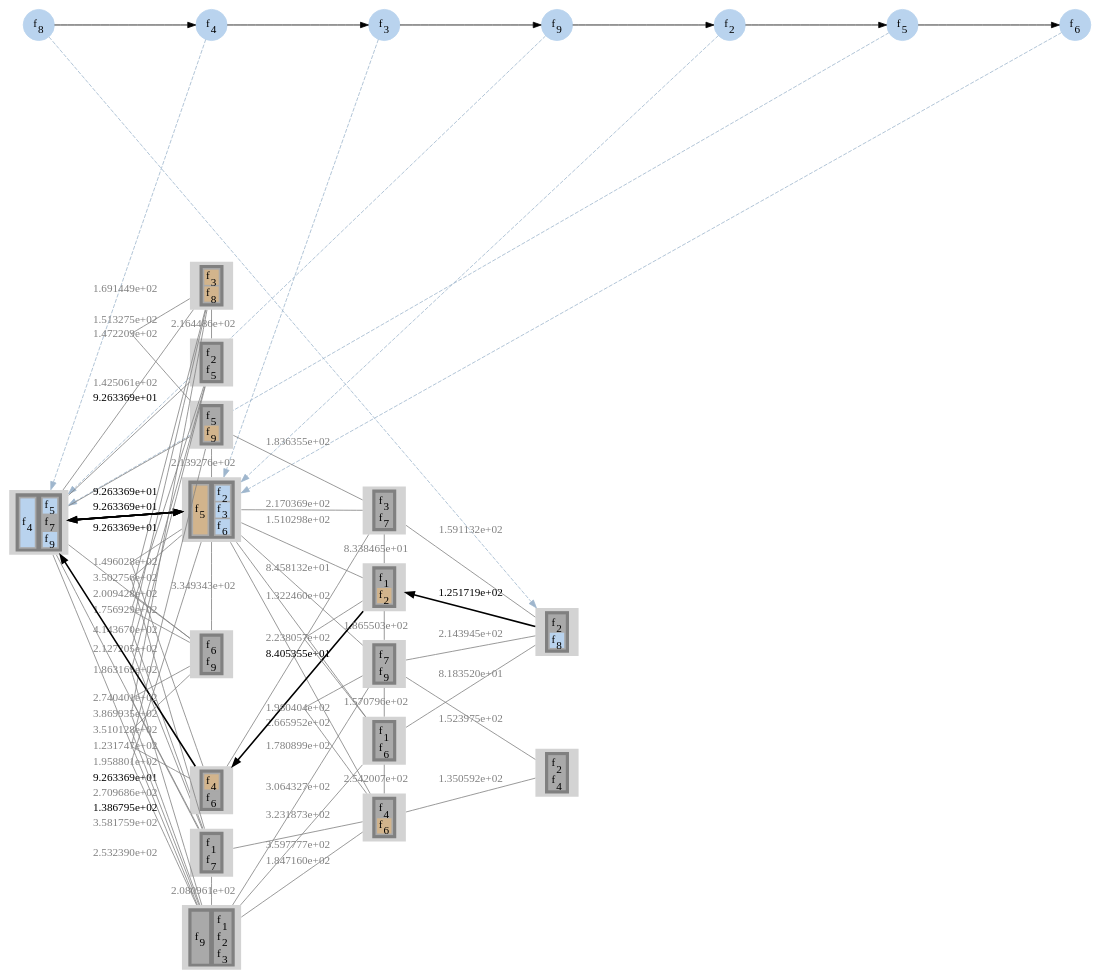
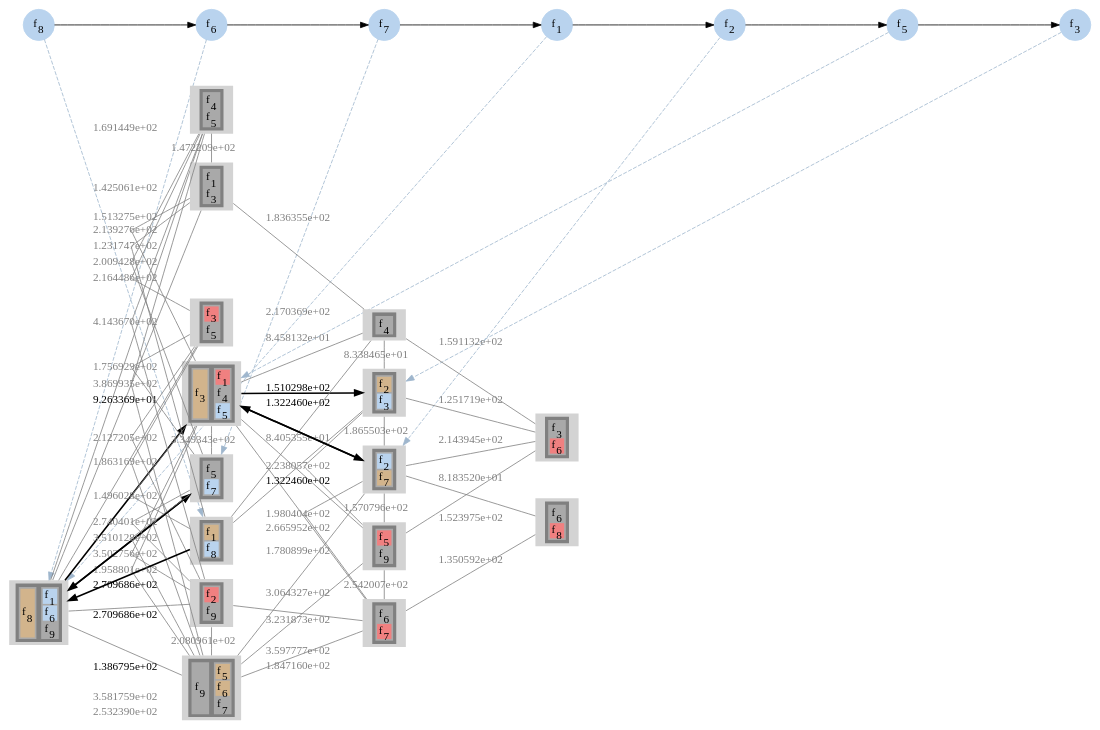
Before and after one commit to prateekshyap/SFC_Placement_in_VNF: the diagram in output/newyork_16_49/gv/sfcAssgn4.gv, drawn with Graphviz. The commit also changed 15 other files, not shown here.

```diff
--- a/output/newyork_16_49/gv/sfcAssgn4.gv
+++ b/output/newyork_16_49/gv/sfcAssgn4.gv
@@ -6,25 +6,25 @@
 {
 node [shape=circle]
 {rank = same; f8; };
-{rank = same; f4; };
-{rank = same; f3; };
-{rank = same; f9; };
+{rank = same; f6; };
+{rank = same; f7; };
+{rank = same; f1; };
 {rank = same; f2; };
 {rank = same; f5; };
-{rank = same; f6; };
+{rank = same; f3; };
 f8[style=filled label=<f<SUB>8</SUB>> color="slategray2"]
-f4[style=filled label=<f<SUB>4</SUB>> color="slategray2"]
-f3[style=filled label=<f<SUB>3</SUB>> color="slategray2"]
-f9[style=filled label=<f<SUB>9</SUB>> color="slategray2"]
+f6[style=filled label=<f<SUB>6</SUB>> color="slategray2"]
+f7[style=filled label=<f<SUB>7</SUB>> color="slategray2"]
+f1[style=filled label=<f<SUB>1</SUB>> color="slategray2"]
 f2[style=filled label=<f<SUB>2</SUB>> color="slategray2"]
 f5[style=filled label=<f<SUB>5</SUB>> color="slategray2"]
-f6[style=filled label=<f<SUB>6</SUB>> color="slategray2"]
-f8 -> f4
-f4 -> f3
-f3 -> f9
-f9 -> f2
+f3[style=filled label=<f<SUB>3</SUB>> color="slategray2"]
+f8 -> f6
+f6 -> f7
+f7 -> f1
+f1 -> f2
 f2 -> f5
-f5 -> f6
+f5 -> f3
 }
 subgraph network
 {
@@ -33,14 +33,14 @@
 {rank = same; 2; 5; 6; 7; 8; 12; 13; 15; };
 {rank = same; 3; 4; 9; 10; 14; };
 {rank = same; 11; 16; };
-11[style=filled
+8[style=filled
 label=<
 <TABLE BORDER="0" BGCOLOR="gray">
 <TR>
 <TD>
 <TABLE BORDER="0" BGCOLOR="darkgray">
-<TR><TD PORT="f10" BGCOLOR="darkgray">f<SUB>2</SUB></TD></TR>
-<TR><TD PORT="f33" BGCOLOR="slategray2">f<SUB>8</SUB></TD></TR>
+<TR><TD PORT="f3" BGCOLOR="tan">f<SUB>1</SUB></TD></TR>
+<TR><TD PORT="f34" BGCOLOR="slategray2">f<SUB>8</SUB></TD></TR>
 </TABLE>
 </TD>
 </TR>
@@ -52,14 +52,14 @@
 <TR>
 <TD>
 <TABLE BORDER="0" BGCOLOR="darkgray">
-<TR><TD PORT="f17" BGCOLOR="slategray2">f<SUB>4</SUB></TD></TR>
+<TR><TD PORT="f32" BGCOLOR="tan">f<SUB>8</SUB></TD></TR>
 </TABLE>
 </TD>
 <TD>
 <TABLE BORDER="0" BGCOLOR="darkgray">
-<TR><TD PORT="f22" BGCOLOR="slategray2">f<SUB>5</SUB></TD></TR>
-<TR><TD PORT="f30" BGCOLOR="darkgray">f<SUB>7</SUB></TD></TR>
-<TR><TD PORT="f35" BGCOLOR="slategray2">f<SUB>9</SUB></TD></TR>
+<TR><TD PORT="f2" BGCOLOR="slategray2">f<SUB>1</SUB></TD></TR>
+<TR><TD PORT="f26" BGCOLOR="slategray2">f<SUB>6</SUB></TD></TR>
+<TR><TD PORT="f36" BGCOLOR="darkgray">f<SUB>9</SUB></TD></TR>
 </TABLE>
 </TD>
 </TR>
@@ -71,14 +71,85 @@
 <TR>
 <TD>
 <TABLE BORDER="0" BGCOLOR="darkgray">
-<TR><TD PORT="f17" BGCOLOR="slategray2">f<SUB>4</SUB></TD></TR>
+<TR><TD PORT="f32" BGCOLOR="tan">f<SUB>8</SUB></TD></TR>
 </TABLE>
 </TD>
 <TD>
 <TABLE BORDER="0" BGCOLOR="darkgray">
-<TR><TD PORT="f22" BGCOLOR="slategray2">f<SUB>5</SUB></TD></TR>
-<TR><TD PORT="f30" BGCOLOR="darkgray">f<SUB>7</SUB></TD></TR>
-<TR><TD PORT="f35" BGCOLOR="slategray2">f<SUB>9</SUB></TD></TR>
+<TR><TD PORT="f2" BGCOLOR="slategray2">f<SUB>1</SUB></TD></TR>
+<TR><TD PORT="f26" BGCOLOR="slategray2">f<SUB>6</SUB></TD></TR>
+<TR><TD PORT="f36" BGCOLOR="darkgray">f<SUB>9</SUB></TD></TR>
+</TABLE>
+</TD>
+</TR>
+</TABLE>>]
+
+12[style=filled
+label=<
+<TABLE BORDER="0" BGCOLOR="gray">
+<TR>
+<TD>
+<TABLE BORDER="0" BGCOLOR="darkgray">
+<TR><TD PORT="f22" BGCOLOR="darkgray">f<SUB>5</SUB></TD></TR>
+<TR><TD PORT="f31" BGCOLOR="slategray2">f<SUB>7</SUB></TD></TR>
+</TABLE>
+</TD>
+</TR>
+</TABLE>>]
+
+12[style=filled
+label=<
+<TABLE BORDER="0" BGCOLOR="gray">
+<TR>
+<TD>
+<TABLE BORDER="0" BGCOLOR="darkgray">
+<TR><TD PORT="f22" BGCOLOR="darkgray">f<SUB>5</SUB></TD></TR>
+<TR><TD PORT="f31" BGCOLOR="slategray2">f<SUB>7</SUB></TD></TR>
+</TABLE>
+</TD>
+</TR>
+</TABLE>>]
+
+1[style=filled
+label=<
+<TABLE BORDER="0" BGCOLOR="gray">
+<TR>
+<TD>
+<TABLE BORDER="0" BGCOLOR="darkgray">
+<TR><TD PORT="f32" BGCOLOR="tan">f<SUB>8</SUB></TD></TR>
+</TABLE>
+</TD>
+<TD>
+<TABLE BORDER="0" BGCOLOR="darkgray">
+<TR><TD PORT="f2" BGCOLOR="slategray2">f<SUB>1</SUB></TD></TR>
+<TR><TD PORT="f26" BGCOLOR="slategray2">f<SUB>6</SUB></TD></TR>
+<TR><TD PORT="f36" BGCOLOR="darkgray">f<SUB>9</SUB></TD></TR>
+</TABLE>
+</TD>
+</TR>
+</TABLE>>]
+
+9[style=filled
+label=<
+<TABLE BORDER="0" BGCOLOR="gray">
+<TR>
+<TD>
+<TABLE BORDER="0" BGCOLOR="darkgray">
+<TR><TD PORT="f5" BGCOLOR="slategray2">f<SUB>2</SUB></TD></TR>
+<TR><TD PORT="f28" BGCOLOR="tan">f<SUB>7</SUB></TD></TR>
+</TABLE>
+</TD>
+</TR>
+</TABLE>>]
+
+9[style=filled
+label=<
+<TABLE BORDER="0" BGCOLOR="gray">
+<TR>
+<TD>
+<TABLE BORDER="0" BGCOLOR="darkgray">
+<TR><TD PORT="f5" BGCOLOR="slategray2">f<SUB>2</SUB></TD></TR>
+<TR><TD PORT="f28" BGCOLOR="tan">f<SUB>7</SUB></TD></TR>
 </TABLE>
 </TD>
 </TR>
@@ -90,14 +161,14 @@
 <TR>
 <TD>
 <TABLE BORDER="0" BGCOLOR="darkgray">
-<TR><TD PORT="f19" BGCOLOR="tan">f<SUB>5</SUB></TD></TR>
+<TR><TD PORT="f8" BGCOLOR="tan">f<SUB>3</SUB></TD></TR>
 </TABLE>
 </TD>
 <TD>
 <TABLE BORDER="0" BGCOLOR="darkgray">
-<TR><TD PORT="f9" BGCOLOR="slategray2">f<SUB>2</SUB></TD></TR>
-<TR><TD PORT="f12" BGCOLOR="slategray2">f<SUB>3</SUB></TD></TR>
-<TR><TD PORT="f24" BGCOLOR="slategray2">f<SUB>6</SUB></TD></TR>
+<TR><TD PORT="f1" BGCOLOR="lightcoral">f<SUB>1</SUB></TD></TR>
+<TR><TD PORT="f13" BGCOLOR="darkgray">f<SUB>4</SUB></TD></TR>
+<TR><TD PORT="f17" BGCOLOR="slategray2">f<SUB>5</SUB></TD></TR>
 </TABLE>
 </TD>
 </TR>
@@ -109,71 +180,27 @@
 <TR>
 <TD>
 <TABLE BORDER="0" BGCOLOR="darkgray">
-<TR><TD PORT="f19" BGCOLOR="tan">f<SUB>5</SUB></TD></TR>
+<TR><TD PORT="f8" BGCOLOR="tan">f<SUB>3</SUB></TD></TR>
 </TABLE>
 </TD>
 <TD>
 <TABLE BORDER="0" BGCOLOR="darkgray">
-<TR><TD PORT="f9" BGCOLOR="slategray2">f<SUB>2</SUB></TD></TR>
-<TR><TD PORT="f12" BGCOLOR="slategray2">f<SUB>3</SUB></TD></TR>
-<TR><TD PORT="f24" BGCOLOR="slategray2">f<SUB>6</SUB></TD></TR>
+<TR><TD PORT="f1" BGCOLOR="lightcoral">f<SUB>1</SUB></TD></TR>
+<TR><TD PORT="f13" BGCOLOR="darkgray">f<SUB>4</SUB></TD></TR>
+<TR><TD PORT="f17" BGCOLOR="slategray2">f<SUB>5</SUB></TD></TR>
 </TABLE>
 </TD>
 </TR>
 </TABLE>>]
 
-1[style=filled
+4[style=filled
 label=<
 <TABLE BORDER="0" BGCOLOR="gray">
 <TR>
 <TD>
 <TABLE BORDER="0" BGCOLOR="darkgray">
-<TR><TD PORT="f17" BGCOLOR="slategray2">f<SUB>4</SUB></TD></TR>
-</TABLE>
-</TD>
-<TD>
-<TABLE BORDER="0" BGCOLOR="darkgray">
-<TR><TD PORT="f22" BGCOLOR="slategray2">f<SUB>5</SUB></TD></TR>
-<TR><TD PORT="f30" BGCOLOR="darkgray">f<SUB>7</SUB></TD></TR>
-<TR><TD PORT="f35" BGCOLOR="slategray2">f<SUB>9</SUB></TD></TR>
-</TABLE>
-</TD>
-</TR>
-</TABLE>>]
-
-7[style=filled
-label=<
-<TABLE BORDER="0" BGCOLOR="gray">
-<TR>
-<TD>
-<TABLE BORDER="0" BGCOLOR="darkgray">
-<TR><TD PORT="f19" BGCOLOR="tan">f<SUB>5</SUB></TD></TR>
-</TABLE>
-</TD>
-<TD>
-<TABLE BORDER="0" BGCOLOR="darkgray">
-<TR><TD PORT="f9" BGCOLOR="slategray2">f<SUB>2</SUB></TD></TR>
-<TR><TD PORT="f12" BGCOLOR="slategray2">f<SUB>3</SUB></TD></TR>
-<TR><TD PORT="f24" BGCOLOR="slategray2">f<SUB>6</SUB></TD></TR>
-</TABLE>
-</TD>
-</TR>
-</TABLE>>]
-
-1[style=filled
-label=<
-<TABLE BORDER="0" BGCOLOR="gray">
-<TR>
-<TD>
-<TABLE BORDER="0" BGCOLOR="darkgray">
-<TR><TD PORT="f17" BGCOLOR="slategray2">f<SUB>4</SUB></TD></TR>
-</TABLE>
-</TD>
-<TD>
-<TABLE BORDER="0" BGCOLOR="darkgray">
-<TR><TD PORT="f22" BGCOLOR="slategray2">f<SUB>5</SUB></TD></TR>
-<TR><TD PORT="f30" BGCOLOR="darkgray">f<SUB>7</SUB></TD></TR>
-<TR><TD PORT="f35" BGCOLOR="slategray2">f<SUB>9</SUB></TD></TR>
+<TR><TD PORT="f6" BGCOLOR="tan">f<SUB>2</SUB></TD></TR>
+<TR><TD PORT="f10" BGCOLOR="slategray2">f<SUB>3</SUB></TD></TR>
 </TABLE>
 </TD>
 </TR>
@@ -185,8 +212,8 @@
 <TR>
 <TD>
 <TABLE BORDER="0" BGCOLOR="darkgray">
-<TR><TD PORT="f13" BGCOLOR="tan">f<SUB>3</SUB></TD></TR>
-<TR><TD PORT="f32" BGCOLOR="tan">f<SUB>8</SUB></TD></TR>
+<TR><TD PORT="f14" BGCOLOR="darkgray">f<SUB>4</SUB></TD></TR>
+<TR><TD PORT="f19" BGCOLOR="darkgray">f<SUB>5</SUB></TD></TR>
 </TABLE>
 </TD>
 </TR>
@@ -198,8 +225,8 @@
 <TR>
 <TD>
 <TABLE BORDER="0" BGCOLOR="darkgray">
-<TR><TD PORT="f8" BGCOLOR="darkgray">f<SUB>2</SUB></TD></TR>
-<TR><TD PORT="f21" BGCOLOR="darkgray">f<SUB>5</SUB></TD></TR>
+<TR><TD PORT="f11" BGCOLOR="lightcoral">f<SUB>3</SUB></TD></TR>
+<TR><TD PORT="f20" BGCOLOR="darkgray">f<SUB>5</SUB></TD></TR>
 </TABLE>
 </TD>
 </TR>
@@ -211,34 +238,8 @@
 <TR>
 <TD>
 <TABLE BORDER="0" BGCOLOR="darkgray">
-<TR><TD PORT="f20" BGCOLOR="darkgray">f<SUB>5</SUB></TD></TR>
-<TR><TD PORT="f38" BGCOLOR="tan">f<SUB>9</SUB></TD></TR>
-</TABLE>
-</TD>
-</TR>
-</TABLE>>]
-
-8[style=filled
-label=<
-<TABLE BORDER="0" BGCOLOR="gray">
-<TR>
-<TD>
-<TABLE BORDER="0" BGCOLOR="darkgray">
-<TR><TD PORT="f15" BGCOLOR="tan">f<SUB>4</SUB></TD></TR>
-<TR><TD PORT="f23" BGCOLOR="darkgray">f<SUB>6</SUB></TD></TR>
-</TABLE>
-</TD>
-</TR>
-</TABLE>>]
-
-12[style=filled
-label=<
-<TABLE BORDER="0" BGCOLOR="gray">
-<TR>
-<TD>
-<TABLE BORDER="0" BGCOLOR="darkgray">
-<TR><TD PORT="f27" BGCOLOR="darkgray">f<SUB>6</SUB></TD></TR>
-<TR><TD PORT="f37" BGCOLOR="darkgray">f<SUB>9</SUB></TD></TR>
+<TR><TD PORT="f4" BGCOLOR="darkgray">f<SUB>1</SUB></TD></TR>
+<TR><TD PORT="f12" BGCOLOR="darkgray">f<SUB>3</SUB></TD></TR>
 </TABLE>
 </TD>
 </TR>
@@ -250,8 +251,8 @@
 <TR>
 <TD>
 <TABLE BORDER="0" BGCOLOR="darkgray">
-<TR><TD PORT="f3" BGCOLOR="darkgray">f<SUB>1</SUB></TD></TR>
-<TR><TD PORT="f29" BGCOLOR="darkgray">f<SUB>7</SUB></TD></TR>
+<TR><TD PORT="f7" BGCOLOR="lightcoral">f<SUB>2</SUB></TD></TR>
+<TR><TD PORT="f37" BGCOLOR="darkgray">f<SUB>9</SUB></TD></TR>
 </TABLE>
 </TD>
 </TR>
@@ -263,14 +264,14 @@
 <TR>
 <TD>
 <TABLE BORDER="0" BGCOLOR="darkgray">
-<TR><TD PORT="f34" BGCOLOR="darkgray">f<SUB>9</SUB></TD></TR>
+<TR><TD PORT="f35" BGCOLOR="darkgray">f<SUB>9</SUB></TD></TR>
 </TABLE>
 </TD>
 <TD>
 <TABLE BORDER="0" BGCOLOR="darkgray">
-<TR><TD PORT="f4" BGCOLOR="darkgray">f<SUB>1</SUB></TD></TR>
-<TR><TD PORT="f7" BGCOLOR="darkgray">f<SUB>2</SUB></TD></TR>
-<TR><TD PORT="f14" BGCOLOR="darkgray">f<SUB>3</SUB></TD></TR>
+<TR><TD PORT="f18" BGCOLOR="tan">f<SUB>5</SUB></TD></TR>
+<TR><TD PORT="f23" BGCOLOR="tan">f<SUB>6</SUB></TD></TR>
+<TR><TD PORT="f29" BGCOLOR="darkgray">f<SUB>7</SUB></TD></TR>
 </TABLE>
 </TD>
 </TR>
@@ -282,34 +283,20 @@
 <TR>
 <TD>
 <TABLE BORDER="0" BGCOLOR="darkgray">
-<TR><TD PORT="f11" BGCOLOR="darkgray">f<SUB>3</SUB></TD></TR>
-<TR><TD PORT="f28" BGCOLOR="darkgray">f<SUB>7</SUB></TD></TR>
+<TR><TD PORT="f15" BGCOLOR="darkgray">f<SUB>4</SUB></TD></TR>
 </TABLE>
 </TD>
 </TR>
 </TABLE>>]
 
-4[style=filled
+11[style=filled
 label=<
 <TABLE BORDER="0" BGCOLOR="gray">
 <TR>
 <TD>
 <TABLE BORDER="0" BGCOLOR="darkgray">
-<TR><TD PORT="f1" BGCOLOR="darkgray">f<SUB>1</SUB></TD></TR>
-<TR><TD PORT="f5" BGCOLOR="tan">f<SUB>2</SUB></TD></TR>
-</TABLE>
-</TD>
-</TR>
-</TABLE>>]
-
-9[style=filled
-label=<
-<TABLE BORDER="0" BGCOLOR="gray">
-<TR>
-<TD>
-<TABLE BORDER="0" BGCOLOR="darkgray">
-<TR><TD PORT="f31" BGCOLOR="darkgray">f<SUB>7</SUB></TD></TR>
-<TR><TD PORT="f36" BGCOLOR="darkgray">f<SUB>9</SUB></TD></TR>
+<TR><TD PORT="f9" BGCOLOR="darkgray">f<SUB>3</SUB></TD></TR>
+<TR><TD PORT="f24" BGCOLOR="lightcoral">f<SUB>6</SUB></TD></TR>
 </TABLE>
 </TD>
 </TR>
@@ -321,8 +308,8 @@
 <TR>
 <TD>
 <TABLE BORDER="0" BGCOLOR="darkgray">
-<TR><TD PORT="f2" BGCOLOR="darkgray">f<SUB>1</SUB></TD></TR>
-<TR><TD PORT="f25" BGCOLOR="darkgray">f<SUB>6</SUB></TD></TR>
+<TR><TD PORT="f21" BGCOLOR="lightcoral">f<SUB>5</SUB></TD></TR>
+<TR><TD PORT="f38" BGCOLOR="darkgray">f<SUB>9</SUB></TD></TR>
 </TABLE>
 </TD>
 </TR>
@@ -334,8 +321,8 @@
 <TR>
 <TD>
 <TABLE BORDER="0" BGCOLOR="darkgray">
-<TR><TD PORT="f16" BGCOLOR="darkgray">f<SUB>4</SUB></TD></TR>
-<TR><TD PORT="f26" BGCOLOR="tan">f<SUB>6</SUB></TD></TR>
+<TR><TD PORT="f27" BGCOLOR="darkgray">f<SUB>6</SUB></TD></TR>
+<TR><TD PORT="f30" BGCOLOR="lightcoral">f<SUB>7</SUB></TD></TR>
 </TABLE>
 </TD>
 </TR>
@@ -347,25 +334,23 @@
 <TR>
 <TD>
 <TABLE BORDER="0" BGCOLOR="darkgray">
-<TR><TD PORT="f6" BGCOLOR="darkgray">f<SUB>2</SUB></TD></TR>
-<TR><TD PORT="f18" BGCOLOR="darkgray">f<SUB>4</SUB></TD></TR>
+<TR><TD PORT="f25" BGCOLOR="darkgray">f<SUB>6</SUB></TD></TR>
+<TR><TD PORT="f33" BGCOLOR="lightcoral">f<SUB>8</SUB></TD></TR>
 </TABLE>
 </TD>
 </TR>
 </TABLE>>]
 
-11 -> 4[label="1.251719e+02" color="black" penwidth=2]
-4 -> 8[label="8.405355e+01" color="black" penwidth=2]
 8 -> 1[label="1.386795e+02" color="black" penwidth=2]
+1 -> 12[label="2.709686e+02" color="black" penwidth=2]
+12 -> 1[label="2.709686e+02" color="black" penwidth=2]
 1 -> 7[label="9.263369e+01" color="black" penwidth=2]
-7 -> 1[label="9.263369e+01" color="black" penwidth=2]
-1 -> 7[label="9.263369e+01" color="black" penwidth=2]
-7 -> 1[label="9.263369e+01" color="black" penwidth=2]
-1 -> 7[label="9.263369e+01" color="black" penwidth=2]
+7 -> 9[label="1.322460e+02" color="black" penwidth=2]
+9 -> 7[label="1.322460e+02" color="black" penwidth=2]
+7 -> 4[label="1.510298e+02" color="black" penwidth=2]
 1 -> 2[label="1.691449e+02" color="gray" fontcolor="gray" dir = none]
 1 -> 5[label="1.513275e+02" color="gray" fontcolor="gray" dir = none]
 1 -> 6[label="1.425061e+02" color="gray" fontcolor="gray" dir = none]
-1 -> 12[label="2.709686e+02" color="gray" fontcolor="gray" dir = none]
 1 -> 13[label="3.581759e+02" color="gray" fontcolor="gray" dir = none]
 1 -> 15[label="2.532390e+02" color="gray" fontcolor="gray" dir = none]
 2 -> 5[label="2.164486e+02" color="gray" fontcolor="gray" dir = none]
@@ -378,16 +363,16 @@
 3 -> 7[label="2.170369e+02" color="gray" fontcolor="gray" dir = none]
 3 -> 8[label="8.458132e+01" color="gray" fontcolor="gray" dir = none]
 3 -> 11[label="1.591132e+02" color="gray" fontcolor="gray" dir = none]
-4 -> 7[label="1.510298e+02" color="gray" fontcolor="gray" dir = none]
+4 -> 8[label="8.405355e+01" color="gray" fontcolor="gray" dir = none]
 4 -> 9[label="1.865503e+02" color="gray" fontcolor="gray" dir = none]
 4 -> 10[label="2.238057e+02" color="gray" fontcolor="gray" dir = none]
+4 -> 11[label="1.251719e+02" color="gray" fontcolor="gray" dir = none]
 5 -> 12[label="1.756929e+02" color="gray" fontcolor="gray" dir = none]
 5 -> 13[label="2.127205e+02" color="gray" fontcolor="gray" dir = none]
 5 -> 15[label="1.863169e+02" color="gray" fontcolor="gray" dir = none]
 6 -> 7[label="2.139276e+02" color="gray" fontcolor="gray" dir = none]
 6 -> 8[label="1.231747e+02" color="gray" fontcolor="gray" dir = none]
 7 -> 8[label="1.496028e+02" color="gray" fontcolor="gray" dir = none]
-7 -> 9[label="1.322460e+02" color="gray" fontcolor="gray" dir = none]
 7 -> 10[label="2.665952e+02" color="gray" fontcolor="gray" dir = none]
 7 -> 12[label="3.349343e+02" color="gray" fontcolor="gray" dir = none]
 7 -> 13[label="3.502756e+02" color="gray" fontcolor="gray" dir = none]
@@ -409,11 +394,11 @@
 14 -> 16[label="1.350592e+02" color="gray" fontcolor="gray" dir = none]
 }
 splines=false
-f8 -> 11[color="slategray3" style=dashed constraint=false]
-f4 -> 1[color="slategray3" style=dashed constraint=false]
-f3 -> 7[color="slategray3" style=dashed constraint=false]
-f9 -> 1[color="slategray3" style=dashed constraint=false]
-f2 -> 7[color="slategray3" style=dashed constraint=false]
-f5 -> 1[color="slategray3" style=dashed constraint=false]
-f6 -> 7[color="slategray3" style=dashed constraint=false]
+f8 -> 8[color="slategray3" style=dashed constraint=false]
+f6 -> 1[color="slategray3" style=dashed constraint=false]
+f7 -> 12[color="slategray3" style=dashed constraint=false]
+f1 -> 1[color="slategray3" style=dashed constraint=false]
+f2 -> 9[color="slategray3" style=dashed constraint=false]
+f5 -> 7[color="slategray3" style=dashed constraint=false]
+f3 -> 4[color="slategray3" style=dashed constraint=false]
 }
```
